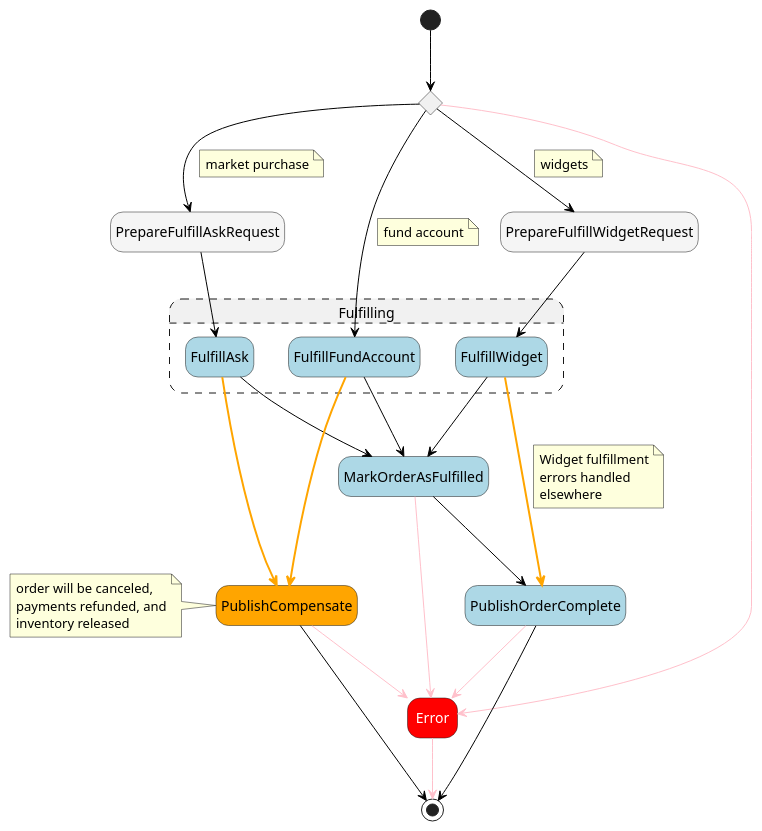
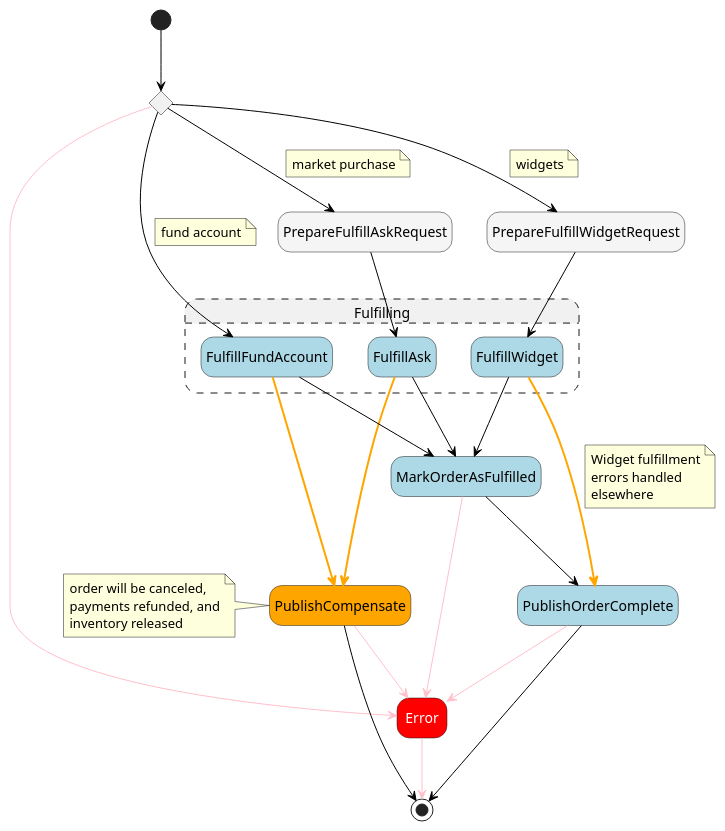
The diagram in src/__tests__/pumls/demo.asl.puml (massfords/asl-puml), drawn with PlantUML before and after one commit. The commit also changed other lines of this file and 10 other files, not shown here.

```diff
--- a/src/__tests__/pumls/demo.asl.puml
+++ b/src/__tests__/pumls/demo.asl.puml
@@ -1,70 +1,70 @@
 @startuml
 hide empty description
 skinparam ArrowColor #black
 skinparam state {
 
     BackgroundColor<<Choice>> #whitesmoke
     FontColor<<Choice>> automatic
 
     BackgroundColor<<aslFail>> #red
     FontColor<<aslFail>> automatic
 
     BackgroundColor<<aslPass>> #whitesmoke
     FontColor<<aslPass>> automatic
 
     BackgroundColor<<aslTask>> #lightblue
     FontColor<<aslTask>> automatic
     BackgroundColor<<Compensate>> #orange
 }
 state "Fulfilling" as compositeState1 ##[dashed] {
 state "FulfillWidget" as state4<<aslTask>>
 state "FulfillAsk" as state5<<aslTask>>
 state "FulfillFundAccount" as state6<<aslTask>>
 }
 state "Dispatch by type of item" as state1<<Choice>>
+state "Error" as state8<<aslFail>>
+state "MarkOrderAsFulfilled" as state7<<aslTask>>
+state "PrepareFulfillAskRequest" as state3<<aslPass>>
 state "PrepareFulfillWidgetRequest" as state2<<aslPass>>
-state "PrepareFulfillAskRequest" as state3<<aslPass>>
-state "MarkOrderAsFulfilled" as state7<<aslTask>>
-state "Error" as state8<<aslFail>>
-state "PublishOrderComplete" as state9<<aslTask>>
 state "PublishCompensate" as state10<<Compensate>>
 note left
   order will be canceled,
   payments refunded, and
   inventory released
 end note
+state "PublishOrderComplete" as state9<<aslTask>>
 [*] --> state1
 state1 --> state2
 note on link
 widgets
 end note
 state1 --> state3
 note on link
 market purchase
 end note
 state1 --> state6
 note on link
 fund account
 end note
 state1 -[#pink]-> state8
 state2 --> state4
 state3 --> state5
 state4 --> state7
 state4 -[bold,#orange]-> state9
 note on link
 Widget fulfillment
 errors handled
 elsewhere
 end note
 state5 --> state7
 state5 -[bold,#orange]-> state10
 state6 --> state7
 state6 -[bold,#orange]-> state10
 state7 --> state9
 state7 -[#pink]-> state8
 state8 -[#pink]-> [*]
 state9 --> [*]
 state9 -[#pink]-> state8
 state10 --> [*]
 state10 -[#pink]-> state8
 @enduml
```
